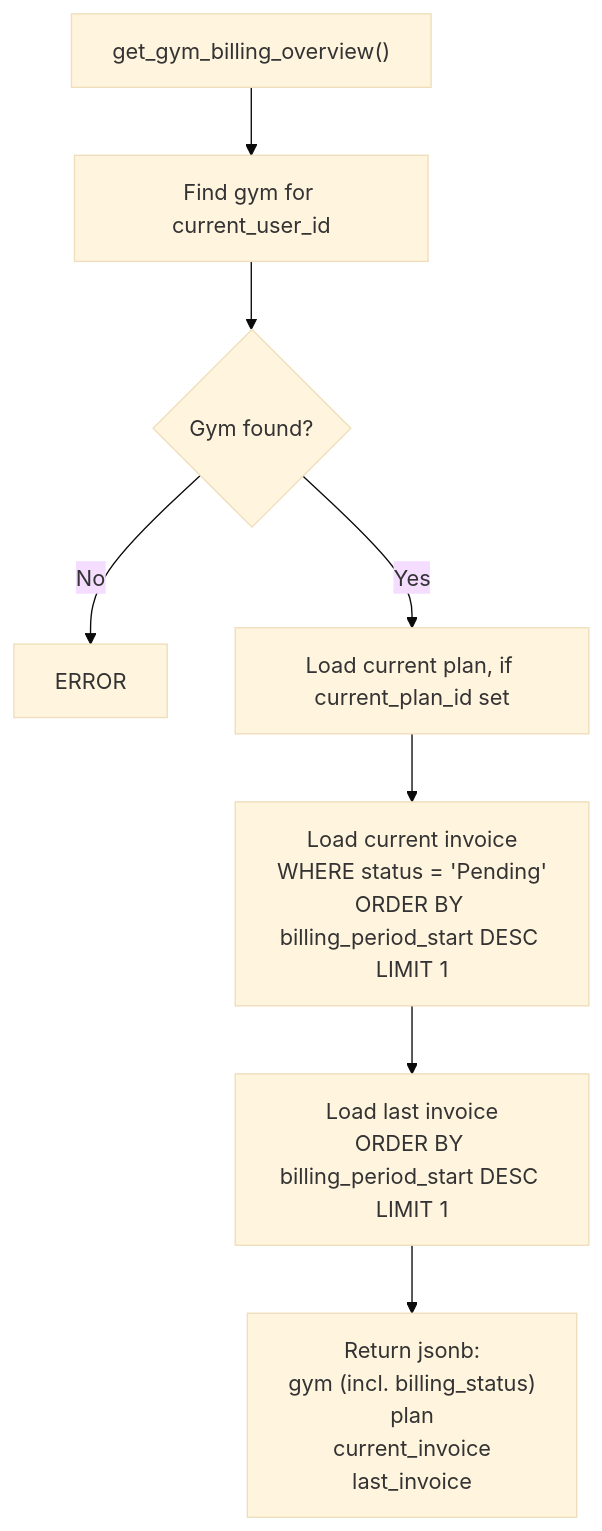
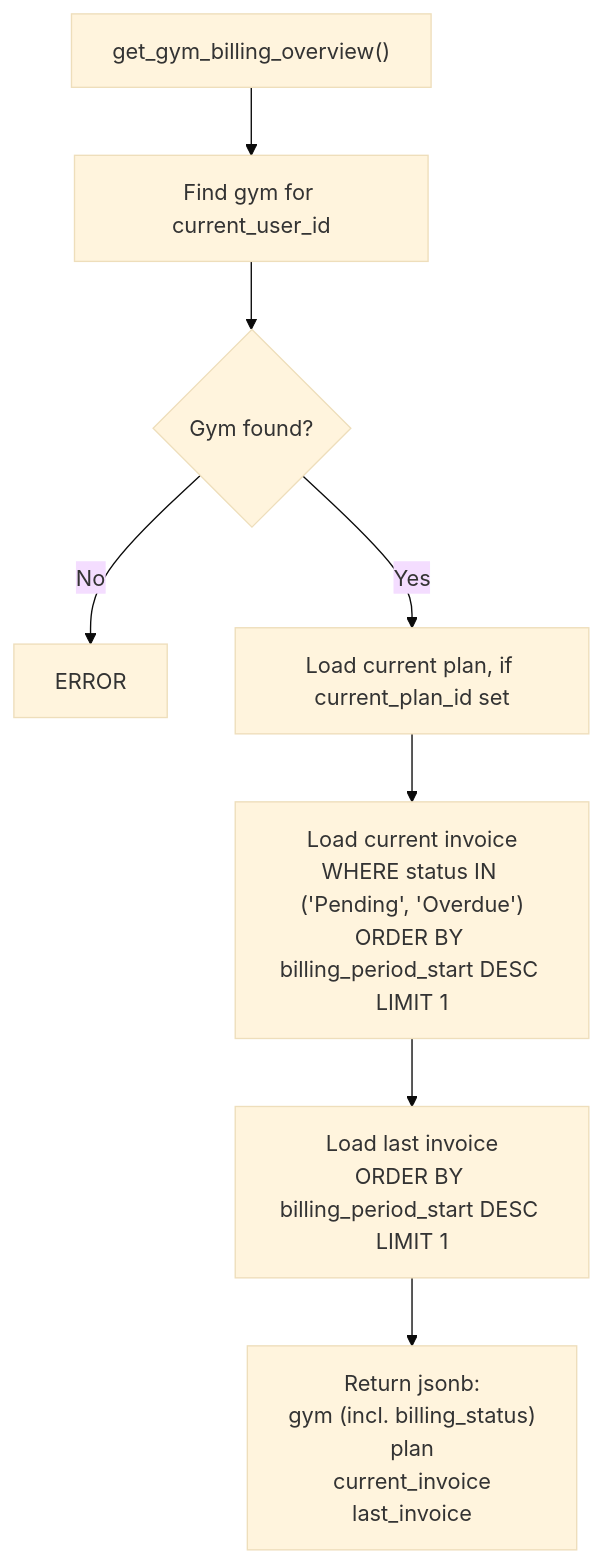
One commit to Sahil2720kumar/trackVim changed diagram 19 of 23 in SaasBilling.md. Above: the diagram before and after it, drawn with Mermaid (base theme). The commit also changed other lines of this file and 14 other files, not shown here.

````diff
--- a/SaasBilling.md
+++ b/SaasBilling.md
@@ -477,10 +479,10 @@
 ```mermaid
 flowchart TD
     Start["get_gym_billing_overview()"] --> A[Find gym for current_user_id]
     A --> B{Gym found?}
     B -- No --> E1[ERROR]
     B -- Yes --> C[Load current plan, if current_plan_id set]
-    C --> D["Load current invoice\nWHERE status = 'Pending'\nORDER BY billing_period_start DESC LIMIT 1"]
+    C --> D["Load current invoice\nWHERE status IN ('Pending', 'Overdue')\nORDER BY billing_period_start DESC LIMIT 1"]
     D --> E["Load last invoice\nORDER BY billing_period_start DESC LIMIT 1"]
     E --> F["Return jsonb:\ngym (incl. billing_status)\nplan\ncurrent_invoice\nlast_invoice"]
 ```
````
